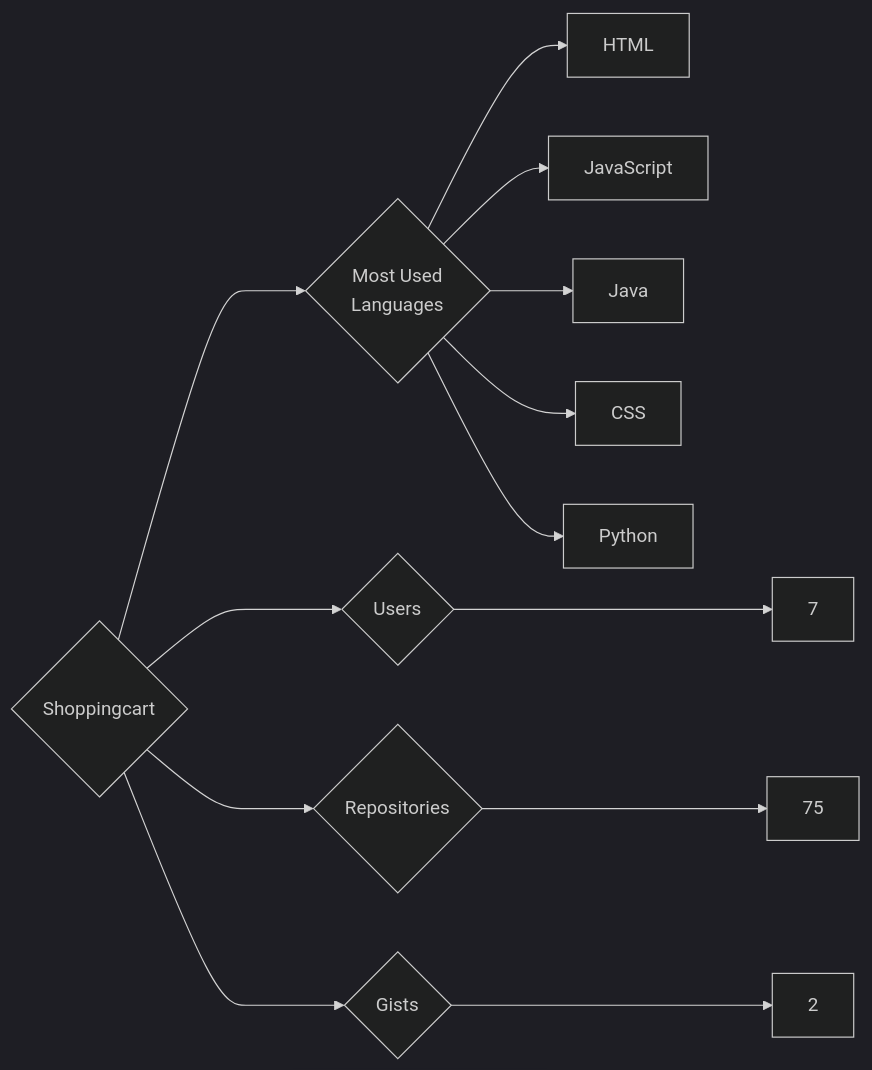
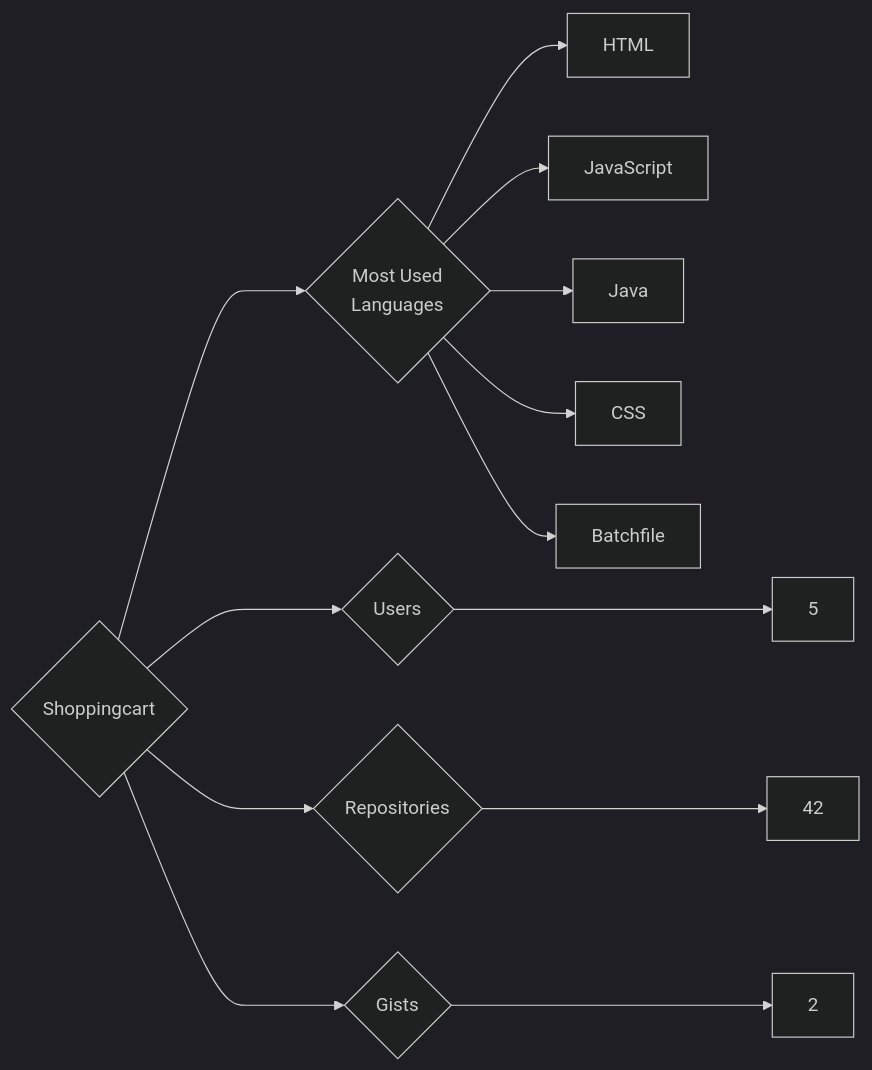
Before and after one commit to trickest/insiders: the diagram in targets/Shoppingcart/README.md, drawn with Mermaid (dark theme). The commit also changed 1479 other files, not shown here.

````diff
--- a/targets/Shoppingcart/README.md
+++ b/targets/Shoppingcart/README.md
@@ -3,13 +3,13 @@
 ```mermaid
 graph LR
 COMPANY_NAME{Shoppingcart}
-COMPANY_NAME ---> U{Users} ---> UN[7]
-COMPANY_NAME ---> R{Repositories} ---> RN[75]
+COMPANY_NAME ---> U{Users} ---> UN[5]
+COMPANY_NAME ---> R{Repositories} ---> RN[42]
 COMPANY_NAME ---> G{Gists} ---> GN[2]
 COMPANY_NAME ---> ML{Most Used<br>Languages}
 ML --> HTML[HTML]
 ML --> JavaScript[JavaScript]
 ML --> Java[Java]
 ML --> CSS[CSS]
-ML --> Python[Python]
+ML --> Batchfile[Batchfile]
 ```
````
